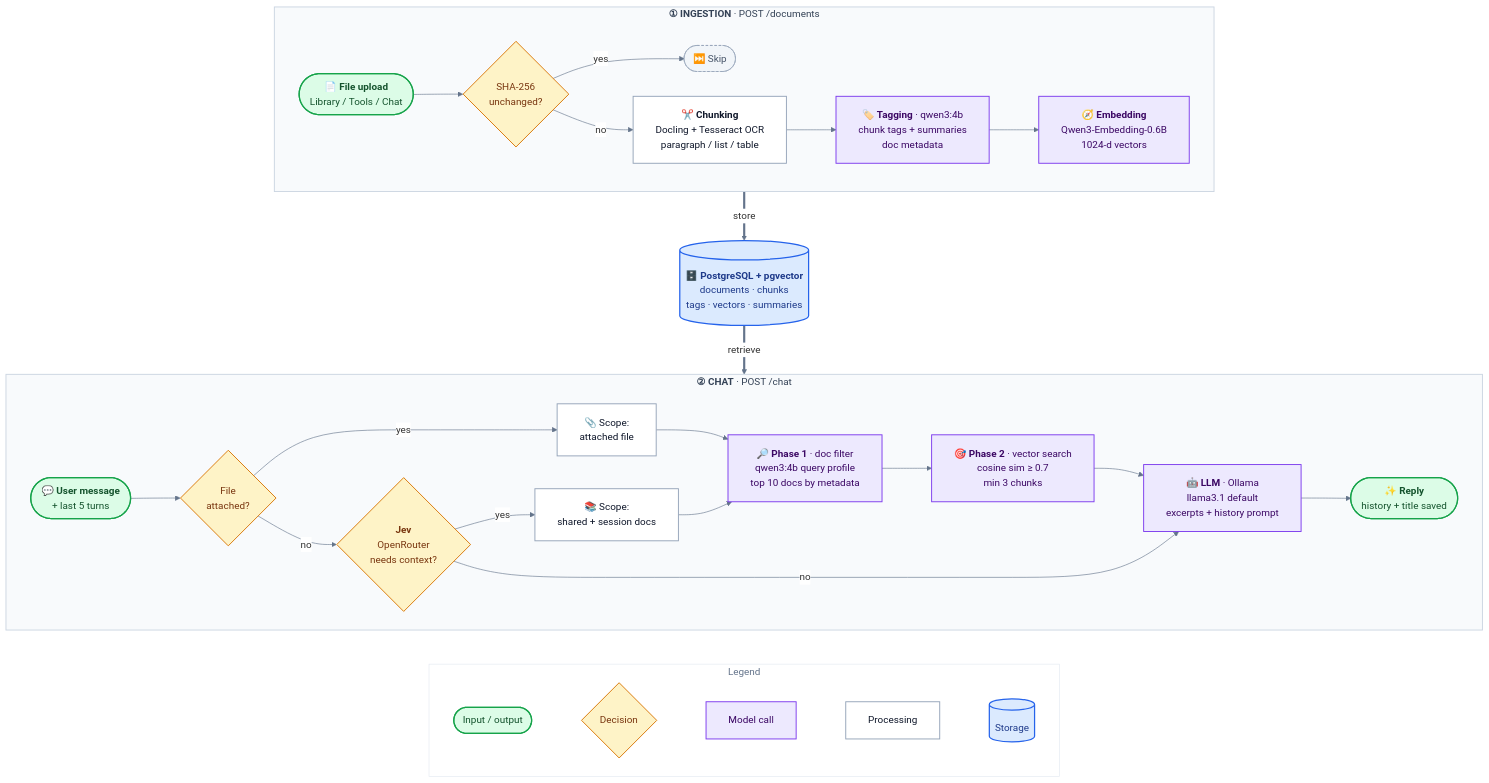
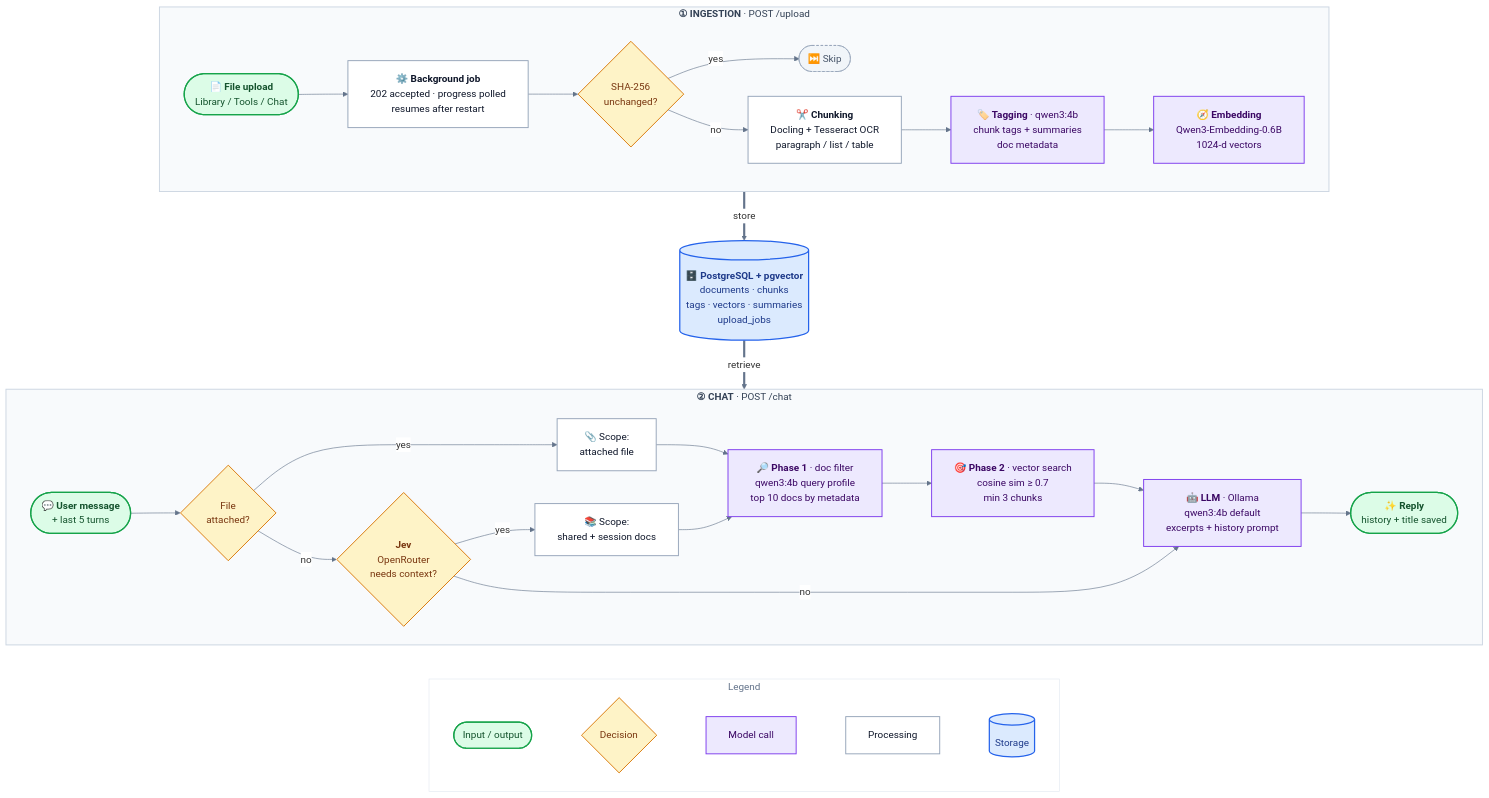
Before and after one commit to ironMan-blip/RAG: the diagram in architecture.mmd, drawn with Mermaid. The commit also changed 2 other files, not shown here.

Commit message:
docs: update architecture diagram with background job ingestion and default LLM changes

```diff
--- a/architecture.mmd
+++ b/architecture.mmd
@@ -1,79 +1,80 @@
 ---
 config:
   theme: base
   fontFamily: "Arial, Helvetica, sans-serif"
   themeVariables:
     fontFamily: "Arial, Helvetica, sans-serif"
     fontSize: 16px
     lineColor: "#64748b"
     clusterBkg: "#f8fafc"
     clusterBorder: "#cbd5e1"
     edgeLabelBackground: "#ffffff"
   flowchart:
     curve: basis
     wrappingWidth: 280
     padding: 18
     nodeSpacing: 40
     rankSpacing: 55
 ---
 flowchart TB
-    subgraph add["&nbsp;&nbsp;&nbsp;<b>① INGESTION</b> · POST /documents&nbsp;&nbsp;&nbsp;"]
+    subgraph add["&nbsp;&nbsp;&nbsp;<b>① INGESTION</b> · POST /upload&nbsp;&nbsp;&nbsp;"]
         direction LR
         A1(["📄 <b>File upload</b><br/>Library / Tools / Chat"])
+        J1["⚙️ <b>Background job</b><br/>202 accepted · progress polled<br/>resumes after restart"]
         A2{"SHA-256<br/>unchanged?"}
         A3(["⏭️ Skip"])
         A4["✂️ <b>Chunking</b><br/>Docling + Tesseract OCR<br/>paragraph / list / table"]
         A5["🏷️ <b>Tagging</b> · qwen3:4b<br/>chunk tags + summaries<br/>doc metadata"]
         A6["🧭 <b>Embedding</b><br/>Qwen3-Embedding-0.6B<br/>1024-d vectors"]
-        A1 --> A2
+        A1 --> J1 --> A2
         A2 -- yes --> A3
         A2 -- no --> A4 --> A5 --> A6
     end
 
-    KB[("🗄️ <b>PostgreSQL + pgvector</b><br/>documents · chunks<br/>tags · vectors · summaries")]
+    KB[("🗄️ <b>PostgreSQL + pgvector</b><br/>documents · chunks<br/>tags · vectors · summaries<br/>upload_jobs")]
 
     subgraph ask["&nbsp;&nbsp;&nbsp;<b>② CHAT</b> · POST /chat&nbsp;&nbsp;&nbsp;"]
         direction LR
         Q1(["💬 <b>User message</b><br/>+ last 5 turns"])
         Q2{"File<br/>attached?"}
         Q3{"<b>Jev</b><br/>OpenRouter<br/>needs context?"}
         Q4["📎 Scope:<br/>attached file"]
         Q5["📚 Scope:<br/>shared + session docs"]
         Q6["🔎 <b>Phase 1</b> · doc filter<br/>qwen3:4b query profile<br/>top 10 docs by metadata"]
         Q7["🎯 <b>Phase 2</b> · vector search<br/>cosine sim ≥ 0.7<br/>min 3 chunks"]
-        Q8["🤖 <b>LLM</b> · Ollama<br/>llama3.1 default<br/>excerpts + history prompt"]
+        Q8["🤖 <b>LLM</b> · Ollama<br/>qwen3:4b default<br/>excerpts + history prompt"]
         Q9(["✨ <b>Reply</b><br/>history + title saved"])
         Q1 --> Q2
         Q2 -- yes --> Q4
         Q2 -- no --> Q3
         Q3 -- yes --> Q5
         Q3 -- no --> Q8
         Q4 --> Q6
         Q5 --> Q6 --> Q7 --> Q8 --> Q9
     end
 
     subgraph legend["&nbsp;Legend&nbsp;"]
         direction LR
         L1(["Input / output"]) ~~~ L2{"Decision"} ~~~ L3["Model call"] ~~~ L4["Processing"] ~~~ L5[("Storage")]
     end
 
     add == store ==> KB
     KB == retrieve ==> ask
     ask ~~~ legend
 
     classDef io fill:#dcfce7,stroke:#16a34a,stroke-width:2px,color:#14532d
     classDef step fill:#ffffff,stroke:#94a3b8,stroke-width:1.5px,color:#0f172a
     classDef ai fill:#ede9fe,stroke:#7c3aed,stroke-width:1.5px,color:#3b0764
     classDef choice fill:#fef3c7,stroke:#d97706,stroke-width:1.5px,color:#78350f
     classDef store fill:#dbeafe,stroke:#2563eb,stroke-width:2px,color:#1e3a8a
     classDef skip fill:#f1f5f9,stroke:#94a3b8,stroke-dasharray:4 3,color:#475569
 
     class A1,Q1,Q9,L1 io
-    class A4,Q4,Q5,L4 step
+    class A4,J1,Q4,Q5,L4 step
     class A5,A6,Q6,Q7,Q8,L3 ai
     class A2,Q2,Q3,L2 choice
     class KB,L5 store
     class A3 skip
     style add fill:#f8fafc,stroke:#cbd5e1,stroke-width:1.5px,color:#334155
     style ask fill:#f8fafc,stroke:#cbd5e1,stroke-width:1.5px,color:#334155
     style legend fill:#ffffff,stroke:#e2e8f0,stroke-width:1px,color:#64748b
```
